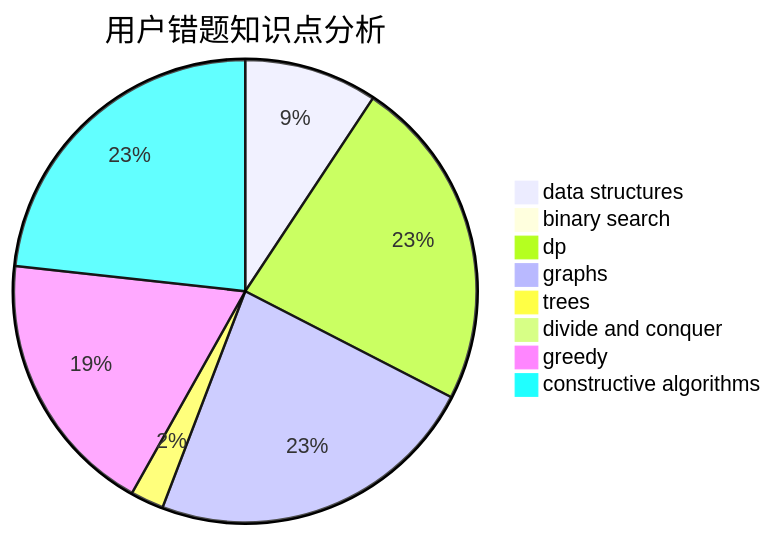
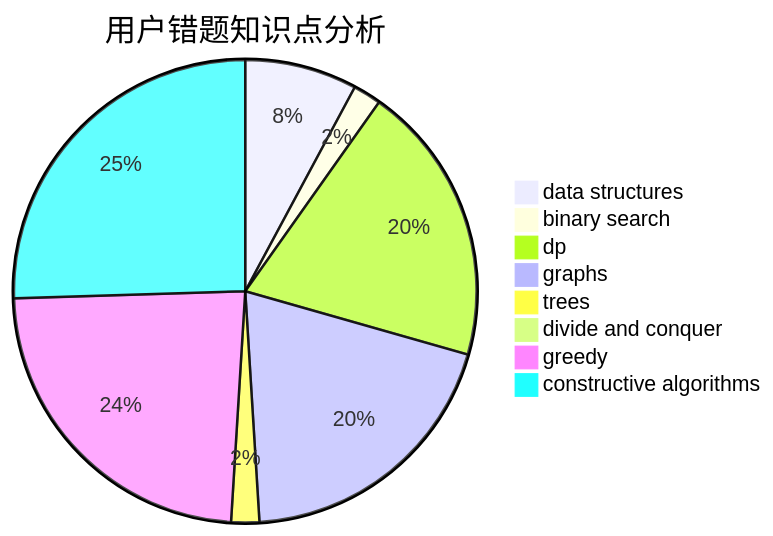
The third of 3 diagrams in docs/user/u1431.md (sherpahu/cfrs.github.io), drawn with Mermaid before and after one commit. The commit also changed other lines of this file and 2770 other files, not shown here.

````diff
--- a/docs/user/u1431.md
+++ b/docs/user/u1431.md
@@ -36,11 +36,11 @@
 ```mermaid
 pie title 用户错题知识点分析
     "data structures" :  4
-    "binary search" :  0
+    "binary search" :  1
     "dp" :  10
     "graphs" :  10
     "trees" :  1
     "divide and conquer" :  0
-    "greedy" :  8
-    "constructive algorithms" :  10
+    "greedy" :  12
+    "constructive algorithms" :  13
 ```
````
